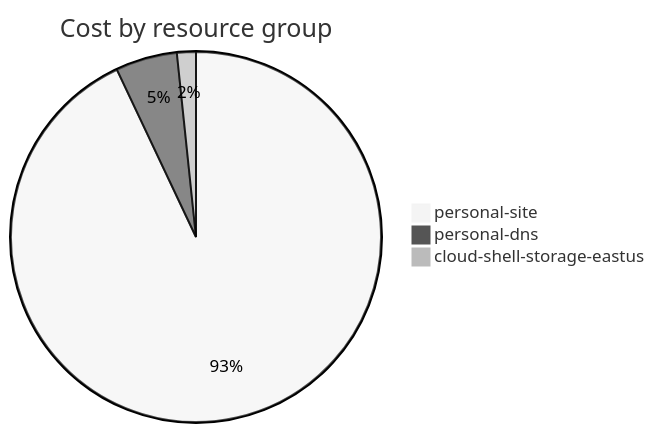
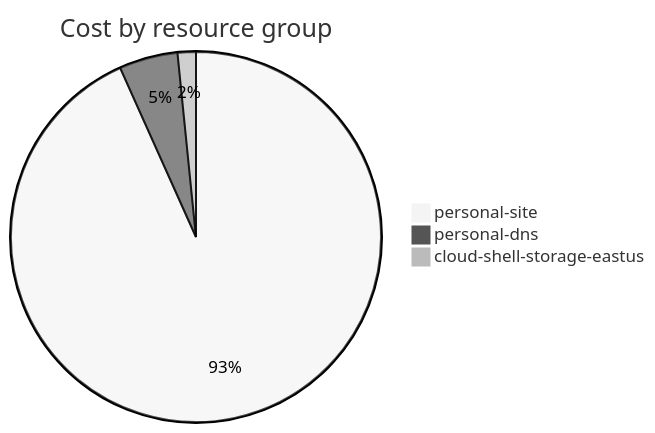
Before and after one commit to jpfulton/azure-personal-reports: the fourth of 4 diagrams in cost-reports/accumulated-cost.md, drawn with Mermaid (neutral theme). The commit also changed other lines of this file and 4 other files, not shown here.

````diff
--- a/cost-reports/accumulated-cost.md
+++ b/cost-reports/accumulated-cost.md
@@ -143,7 +143,7 @@
 ```mermaid
 pie
    title Cost by resource group
-   "personal-site" : 2.25
-   "personal-dns" : 0.13
-   "cloud-shell-storage-eastus" : 0.04
+   "personal-site" : 2.92
+   "personal-dns" : 0.16
+   "cloud-shell-storage-eastus" : 0.05
 ```
````
